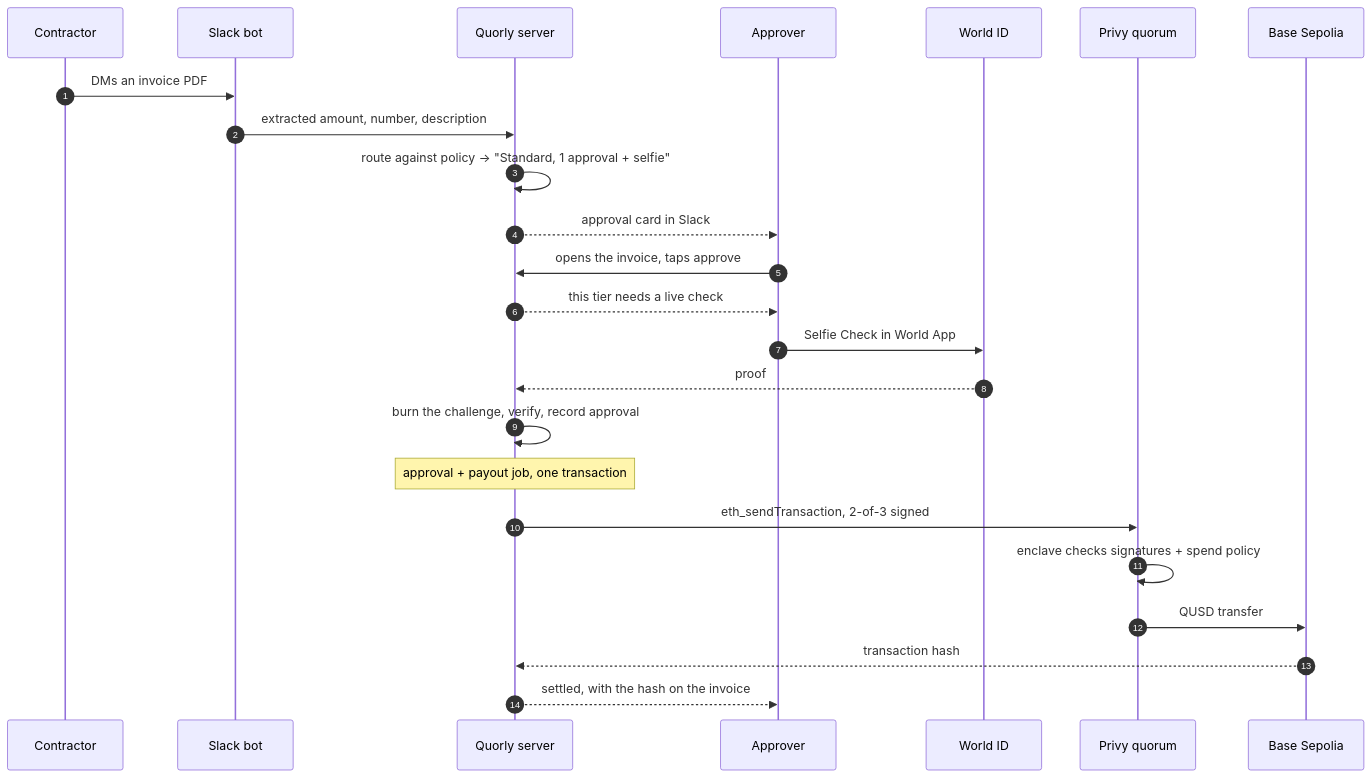
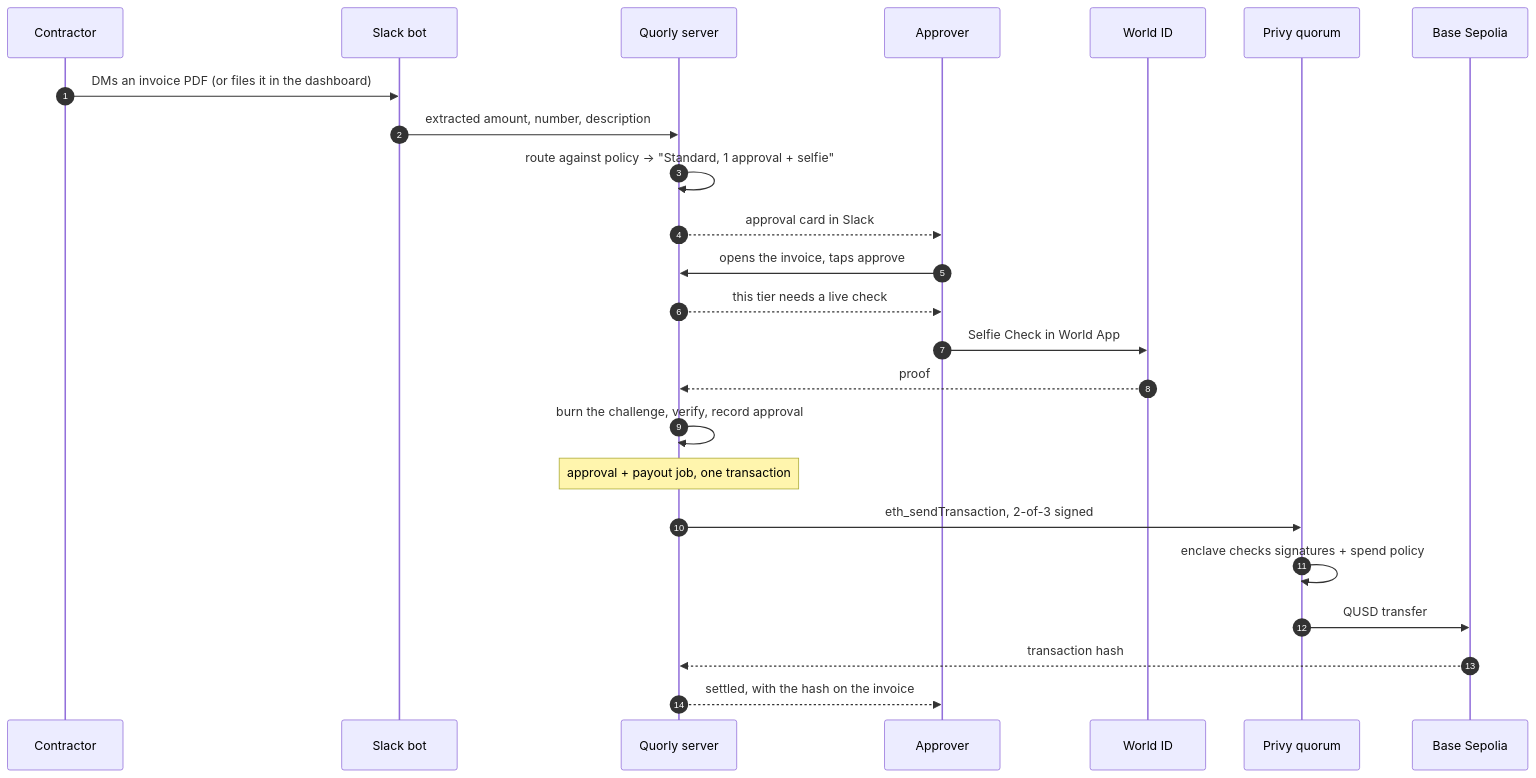
Before and after one commit to Nishu0/quorly: the second of 2 diagrams in README.md, drawn with Mermaid. The commit also changed other lines of this file and 3 other files, not shown here.

````diff
--- a/README.md
+++ b/README.md
@@ -179,27 +181,27 @@
 ```mermaid
 sequenceDiagram
     autonumber
     participant C as Contractor
     participant S as Slack bot
     participant Q as Quorly server
     participant A as Approver
     participant W as World ID
     participant P as Privy quorum
     participant B as Base Sepolia
 
-    C->>S: DMs an invoice PDF
+    C->>S: DMs an invoice PDF (or files it in the dashboard)
     S->>Q: extracted amount, number, description
     Q->>Q: route against policy → "Standard, 1 approval + selfie"
     Q-->>A: approval card in Slack
     A->>Q: opens the invoice, taps approve
     Q-->>A: this tier needs a live check
     A->>W: Selfie Check in World App
     W-->>Q: proof
     Q->>Q: burn the challenge, verify, record approval
     Note over Q: approval + payout job, one transaction
     Q->>P: eth_sendTransaction, 2-of-3 signed
     P->>P: enclave checks signatures + spend policy
     P->>B: QUSD transfer
     B-->>Q: transaction hash
     Q-->>A: settled, with the hash on the invoice
 ```
````
